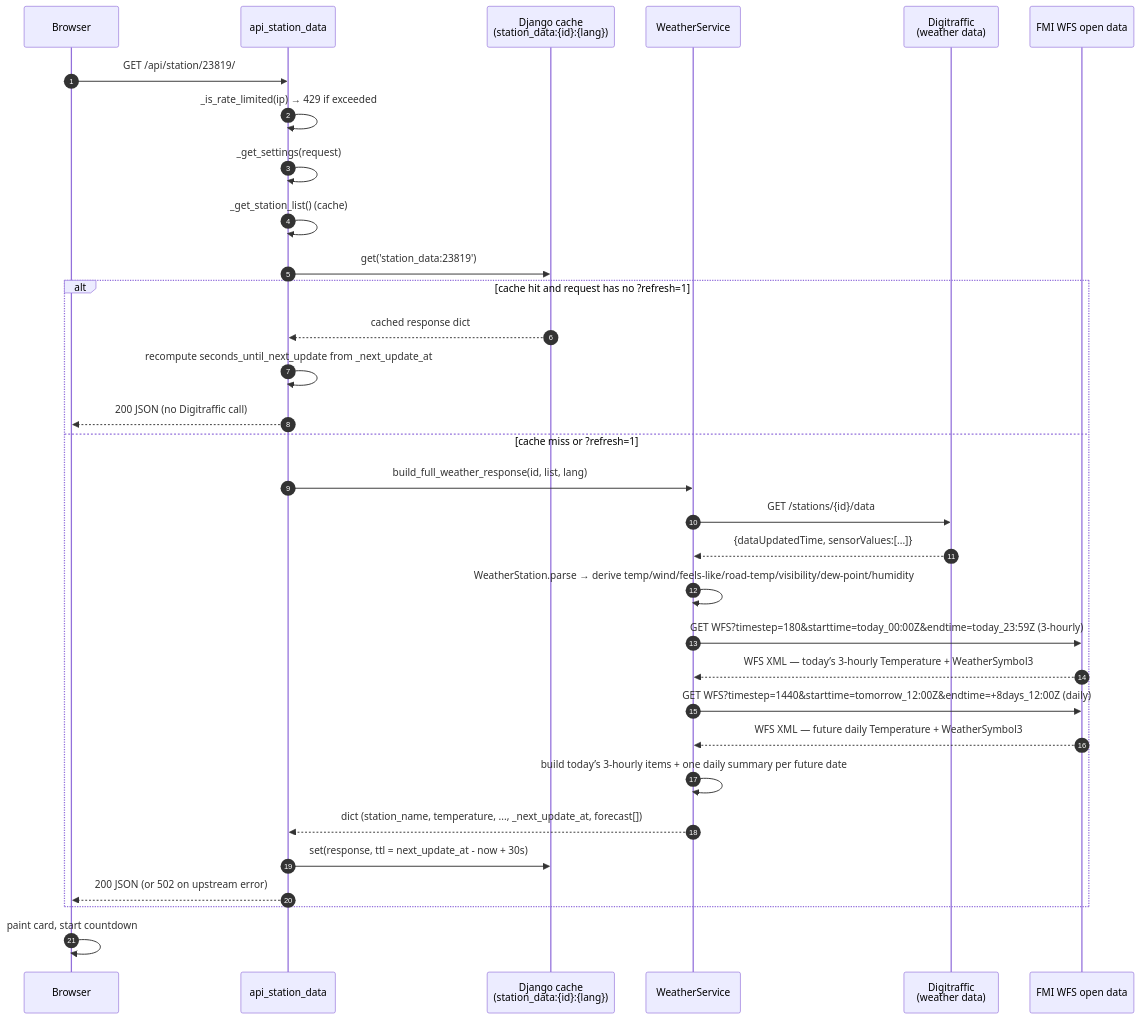
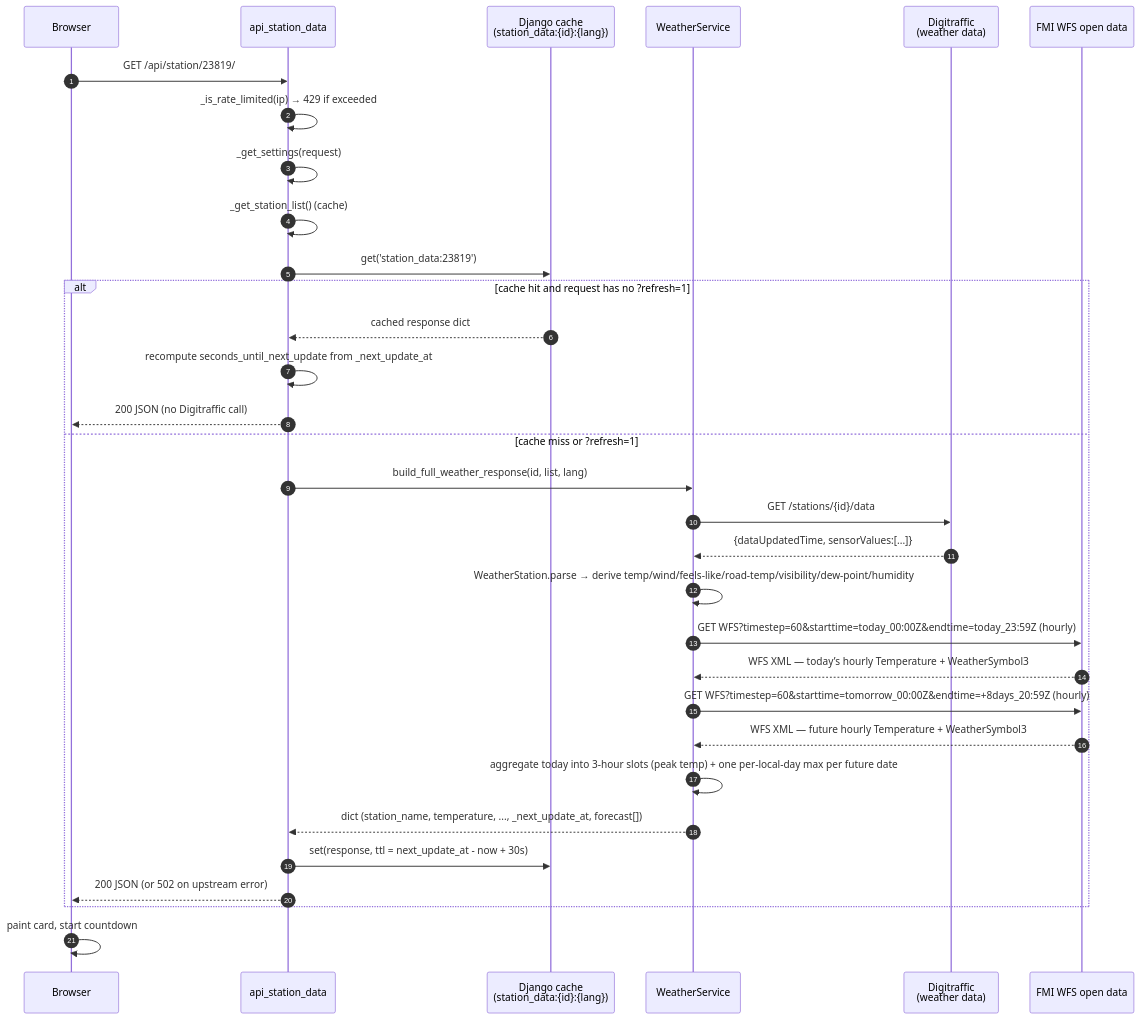
One commit to jjankkil/weatherview-django changed the fourth of 9 diagrams in docs/ARCHITECTURE.md. Above: the diagram before and after it, drawn with Mermaid. The commit also changed other lines of this file and 6 other files, not shown here.

Commit message:
feat: show peak temperature per forecast slot, add LICENSE

````diff
--- a/docs/ARCHITECTURE.md
+++ b/docs/ARCHITECTURE.md
@@ -252,35 +254,35 @@
 ```mermaid
 sequenceDiagram
     autonumber
     participant Browser
     participant View as api_station_data
     participant SC as Django cache<br/>(station_data:{id}:{lang})
     participant WS as WeatherService
     participant DT as Digitraffic<br/>(weather data)
     participant FMI as FMI WFS open data
 
     Browser->>View: GET /api/station/23819/
     View->>View: _is_rate_limited(ip) → 429 if exceeded
     View->>View: _get_settings(request)
     View->>View: _get_station_list() (cache)
     View->>SC: get('station_data:23819')
     alt cache hit and request has no ?refresh=1
         SC-->>View: cached response dict
         View->>View: recompute seconds_until_next_update from _next_update_at
         View-->>Browser: 200 JSON (no Digitraffic call)
     else cache miss or ?refresh=1
         View->>WS: build_full_weather_response(id, list, lang)
         WS->>DT: GET /stations/{id}/data
         DT-->>WS: {dataUpdatedTime, sensorValues:[...]}
         WS->>WS: WeatherStation.parse → derive temp/wind/feels-like/road-temp/visibility/dew-point/humidity
-        WS->>FMI: GET WFS?timestep=180&starttime=today_00:00Z&endtime=today_23:59Z (3-hourly)
-        FMI-->>WS: WFS XML — today’s 3-hourly Temperature + WeatherSymbol3
-        WS->>FMI: GET WFS?timestep=1440&starttime=tomorrow_12:00Z&endtime=+8days_12:00Z (daily)
-        FMI-->>WS: WFS XML — future daily Temperature + WeatherSymbol3
-        WS->>WS: build today’s 3-hourly items + one daily summary per future date
+        WS->>FMI: GET WFS?timestep=60&starttime=today_00:00Z&endtime=today_23:59Z (hourly)
+        FMI-->>WS: WFS XML — today’s hourly Temperature + WeatherSymbol3
+        WS->>FMI: GET WFS?timestep=60&starttime=tomorrow_00:00Z&endtime=+8days_20:59Z (hourly)
+        FMI-->>WS: WFS XML — future hourly Temperature + WeatherSymbol3
+        WS->>WS: aggregate today into 3-hour slots (peak temp) + one per-local-day max per future date
         WS-->>View: dict (station_name, temperature, ..., _next_update_at, forecast[])
         View->>SC: set(response, ttl = next_update_at - now + 30s)
         View-->>Browser: 200 JSON (or 502 on upstream error)
     end
     Browser->>Browser: paint card, start countdown
 ```
````
